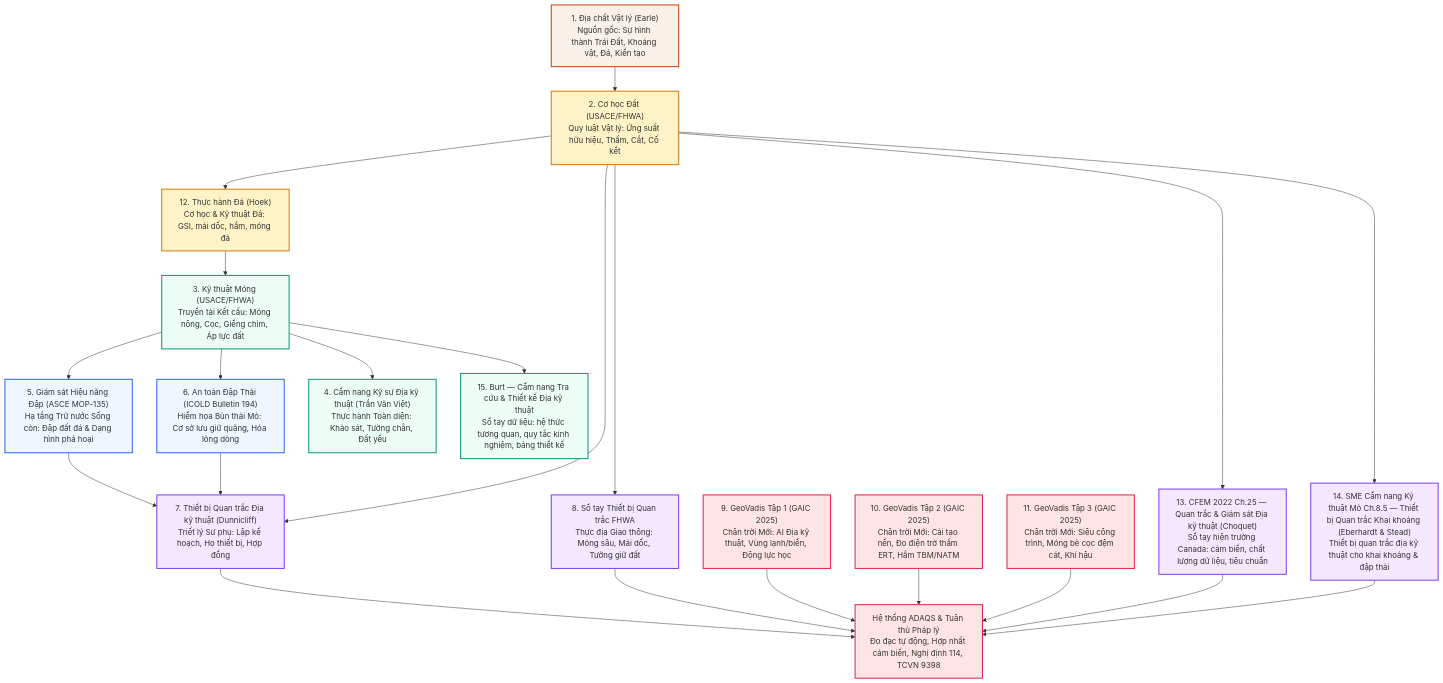
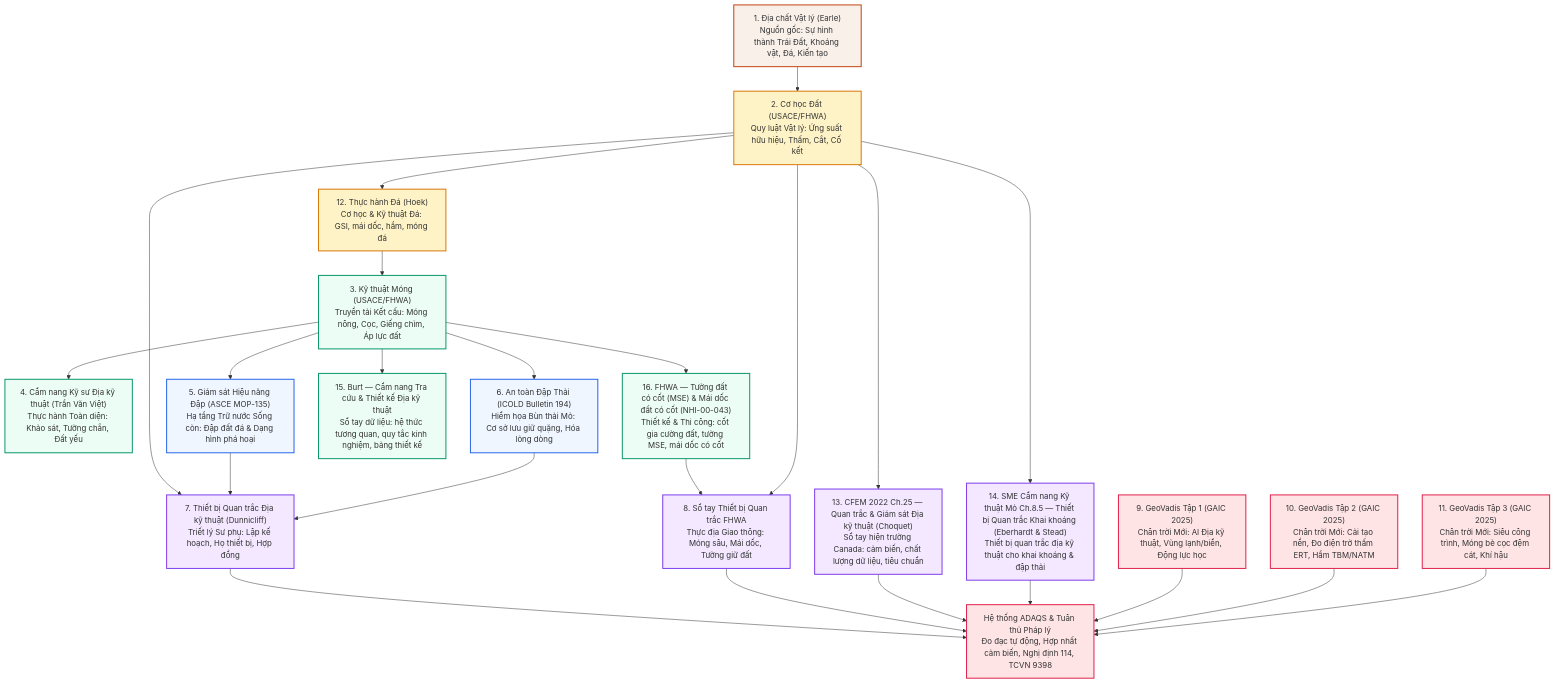
The second of 6 diagrams in docs/vi/reference-manuals/overarching-vision.md (geoinst/geoinst.github.io), drawn with Mermaid before and after one commit. The commit also changed other lines of this file and 29 other files, not shown here.

First line of the commit message:
Add FHWA-NHI-00-043 MSE Walls & Reinforced Soil Slopes (EN + VI)

````diff
--- a/docs/vi/reference-manuals/overarching-vision.md
+++ b/docs/vi/reference-manuals/overarching-vision.md
@@ -59,34 +59,36 @@
 ```mermaid
 graph TD
     classDef foundation fill:#f9f0ea,stroke:#c2410c,stroke-width:2px;
     classDef physics fill:#fef3c7,stroke:#d97706,stroke-width:2px;
     classDef design fill:#ecfdf5,stroke:#059669,stroke-width:2px;
     classDef hazard fill:#eff6ff,stroke:#2563eb,stroke-width:2px;
     classDef monitor fill:#f3e8ff,stroke:#7c3aed,stroke-width:2px;
     classDef system fill:#ffe4e6,stroke:#e11d48,stroke-width:2px;
 
     PG["1. Địa chất Vật lý (Earle)<br/>Nguồn gốc: Sự hình thành Trái Đất, Khoáng vật, Đá, Kiến tạo"]:::foundation
     SM["2. Cơ học Đất (USACE/FHWA)<br/>Quy luật Vật lý: Ứng suất hữu hiệu, Thấm, Cắt, Cố kết"]:::physics
     FE["3. Kỹ thuật Móng (USACE/FHWA)<br/>Truyền tải Kết cấu: Móng nông, Cọc, Giếng chìm, Áp lực đất"]:::design
     HB["4. Cẩm nang Kỹ sư Địa kỹ thuật (Trần Văn Việt)<br/>Thực hành Toàn diện: Khảo sát, Tường chắn, Đất yếu"]:::design
     DAM["5. Giám sát Hiệu năng Đập (ASCE MOP-135)<br/>Hạ tầng Trữ nước Sống còn: Đập đất đá & Dạng hình phá hoại"]:::hazard
     TLG["6. An toàn Đập Thải (ICOLD Bulletin 194)<br/>Hiểm họa Bùn thải Mỏ: Cơ sở lưu giữ quặng, Hóa lỏng dòng"]:::hazard
     DUN["7. Thiết bị Quan trắc Địa kỹ thuật (Dunnicliff)<br/>Triết lý Sư phụ: Lập kế hoạch, Họ thiết bị, Hợp đồng"]:::monitor
     FHW["8. Sổ tay Thiết bị Quan trắc FHWA<br/>Thực địa Giao thông: Móng sâu, Mái dốc, Tường giữ đất"]:::monitor
     GV1["9. GeoVadis Tập 1 (GAIC 2025)<br/>Chân trời Mới: AI Địa kỹ thuật, Vùng lạnh/biển, Động lực học"]:::system
     GV2["10. GeoVadis Tập 2 (GAIC 2025)<br/>Chân trời Mới: Cải tạo nền, Đo điện trở thấm ERT, Hầm TBM/NATM"]:::system
     GV3["11. GeoVadis Tập 3 (GAIC 2025)<br/>Chân trời Mới: Siêu công trình, Móng bè cọc đệm cát, Khí hậu"]:::system
     PRE["12. Thực hành Đá (Hoek)<br/>Cơ học & Kỹ thuật Đá: GSI, mái dốc, hầm, móng đá"]:::physics
     CFEM["13. CFEM 2022 Ch.25 — Quan trắc & Giám sát Địa kỹ thuật (Choquet)<br/>Sổ tay hiện trường Canada: cảm biến, chất lượng dữ liệu, tiêu chuẩn"]:::monitor
     SME["14. SME Cẩm nang Kỹ thuật Mỏ Ch.8.5 — Thiết bị Quan trắc Khai khoáng (Eberhardt & Stead)<br/>Thiết bị quan trắc địa kỹ thuật cho khai khoáng & đập thải"]:::monitor
     BURT["15. Burt — Cẩm nang Tra cứu & Thiết kế Địa kỹ thuật<br/>Sổ tay dữ liệu: hệ thức tương quan, quy tắc kinh nghiệm, bảng thiết kế"]:::design
+    MSE["16. FHWA — Tường đất có cốt (MSE) & Mái dốc đất có cốt (NHI-00-043)<br/>Thiết kế & Thi công: cốt gia cường đất, tường MSE, mái dốc có cốt"]:::design
     ADA["Hệ thống ADAQS & Tuân thủ Pháp lý<br/>Đo đạc tự động, Hợp nhất cảm biến, Nghị định 114, TCVN 9398"]:::system
 
     PG --> SM --> PRE --> FE --> DAM & TLG
     FE --> HB
-    FE --> BURT
+    FE --> BURT & MSE
+    MSE --> FHW
     SM --> DUN & FHW & CFEM & SME
     DAM & TLG --> DUN
     DUN & FHW & CFEM & SME --> ADA
     GV1 & GV2 & GV3 --> ADA
 ```
````
